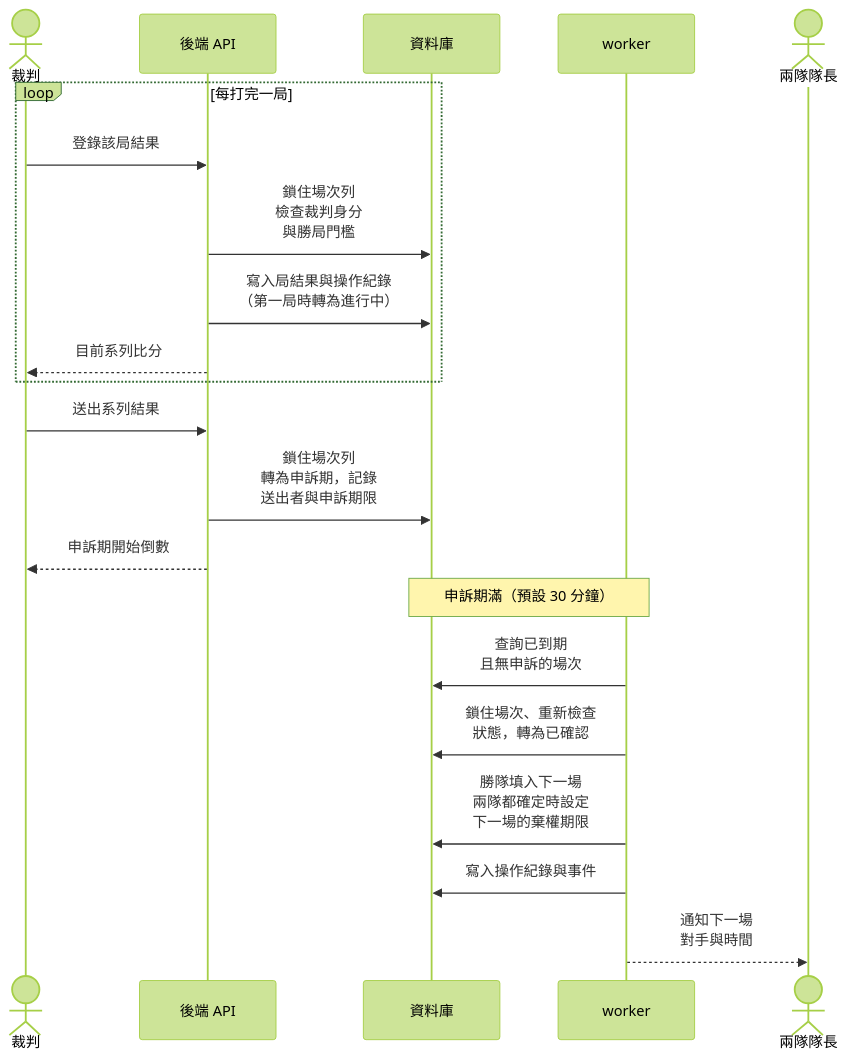
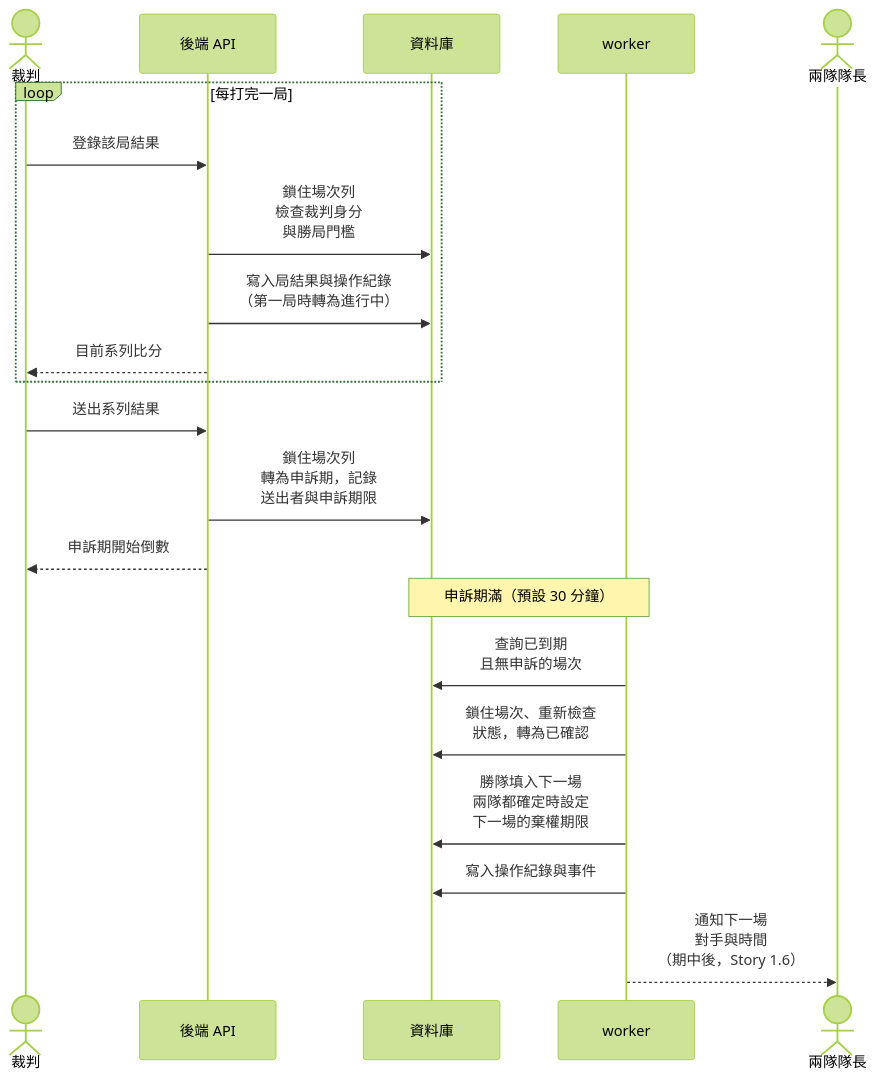
Before and after one commit to Team14good/esport-platform: diagram 18 of 19 in docs/midterm/B-軟體需求分析文件.md, drawn with Mermaid (forest theme). The commit also changed other lines of this file and 12 other files, not shown here.

````diff
--- a/docs/midterm/B-軟體需求分析文件.md
+++ b/docs/midterm/B-軟體需求分析文件.md
@@ -1379,23 +1382,23 @@
 ```mermaid
 sequenceDiagram
   actor Ref as 裁判
   participant API as 後端 API
   participant DB as 資料庫
   participant W as worker
   actor Cap as 兩隊隊長
   loop 每打完一局
     Ref->>API: 登錄該局結果
     API->>DB: 鎖住場次列<br/>檢查裁判身分<br/>與勝局門檻
     API->>DB: 寫入局結果與操作紀錄<br/>（第一局時轉為進行中）
     API-->>Ref: 目前系列比分
   end
   Ref->>API: 送出系列結果
   API->>DB: 鎖住場次列<br/>轉為申訴期，記錄<br/>送出者與申訴期限
   API-->>Ref: 申訴期開始倒數
   Note over DB,W: 申訴期滿（預設 30 分鐘）
   W->>DB: 查詢已到期<br/>且無申訴的場次
   W->>DB: 鎖住場次、重新檢查<br/>狀態，轉為已確認
   W->>DB: 勝隊填入下一場<br/>兩隊都確定時設定<br/>下一場的棄權期限
   W->>DB: 寫入操作紀錄與事件
-  W-->>Cap: 通知下一場<br/>對手與時間
+  W-->>Cap: 通知下一場<br/>對手與時間<br/>（期中後，Story 1.6）
 ```
````
